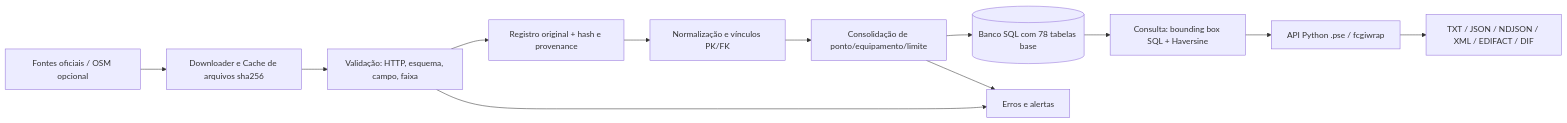
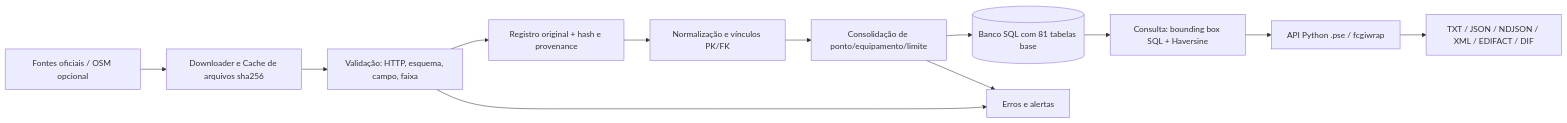
The diagram in docs/DFD_MODELO.md (Challado/Bunda-de-Urso), drawn with Mermaid before and after one commit. The commit also changed other lines of this file and 79 other files, not shown here.

````diff
--- a/docs/DFD_MODELO.md
+++ b/docs/DFD_MODELO.md
@@ -7,14 +7,14 @@
 ```mermaid
 flowchart LR
  F[Fontes oficiais / OSM opcional] --> D[Downloader e Cache de arquivos sha256]
  D --> V[Validação: HTTP, esquema, campo, faixa]
  V --> R[Registro original + hash e provenance]
  R --> N[Normalização e vínculos PK/FK]
  N --> U[Consolidação de ponto/equipamento/limite]
- U --> DB[(Banco SQL com 78 tabelas base)]
+ U --> DB[(Banco SQL com 81 tabelas base)]
  DB --> Q[Consulta: bounding box SQL + Haversine]
  Q --> W[API Python .pse / fcgiwrap]
  W --> OUT[TXT / JSON / NDJSON / XML / EDIFACT / DIF]
  V --> ERR[Erros e alertas]
  U --> ERR
 ```
````
